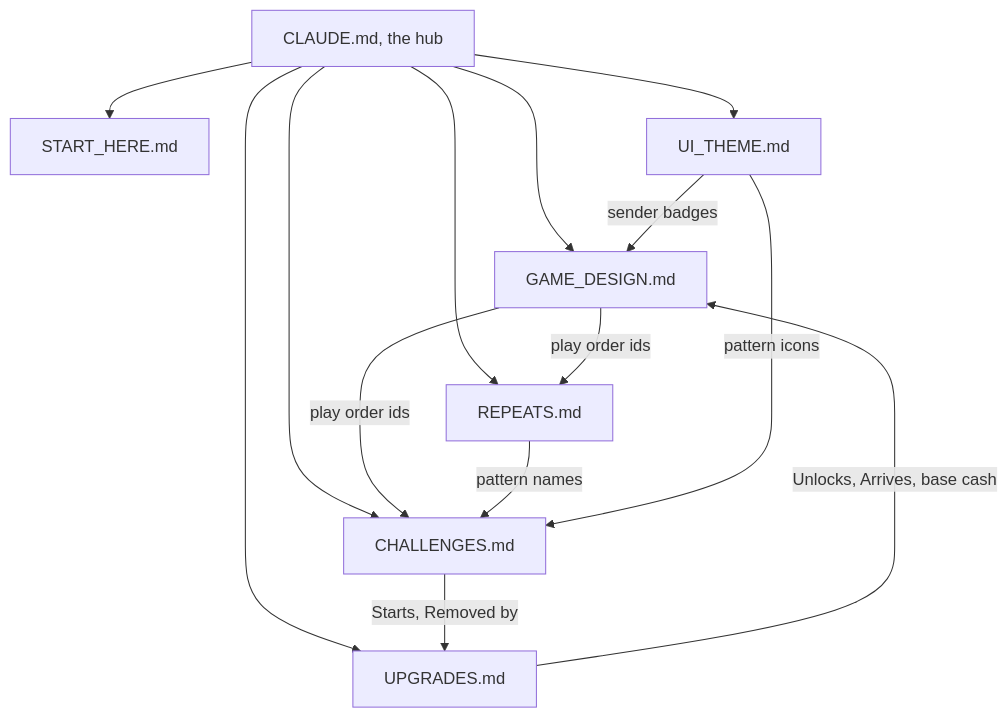
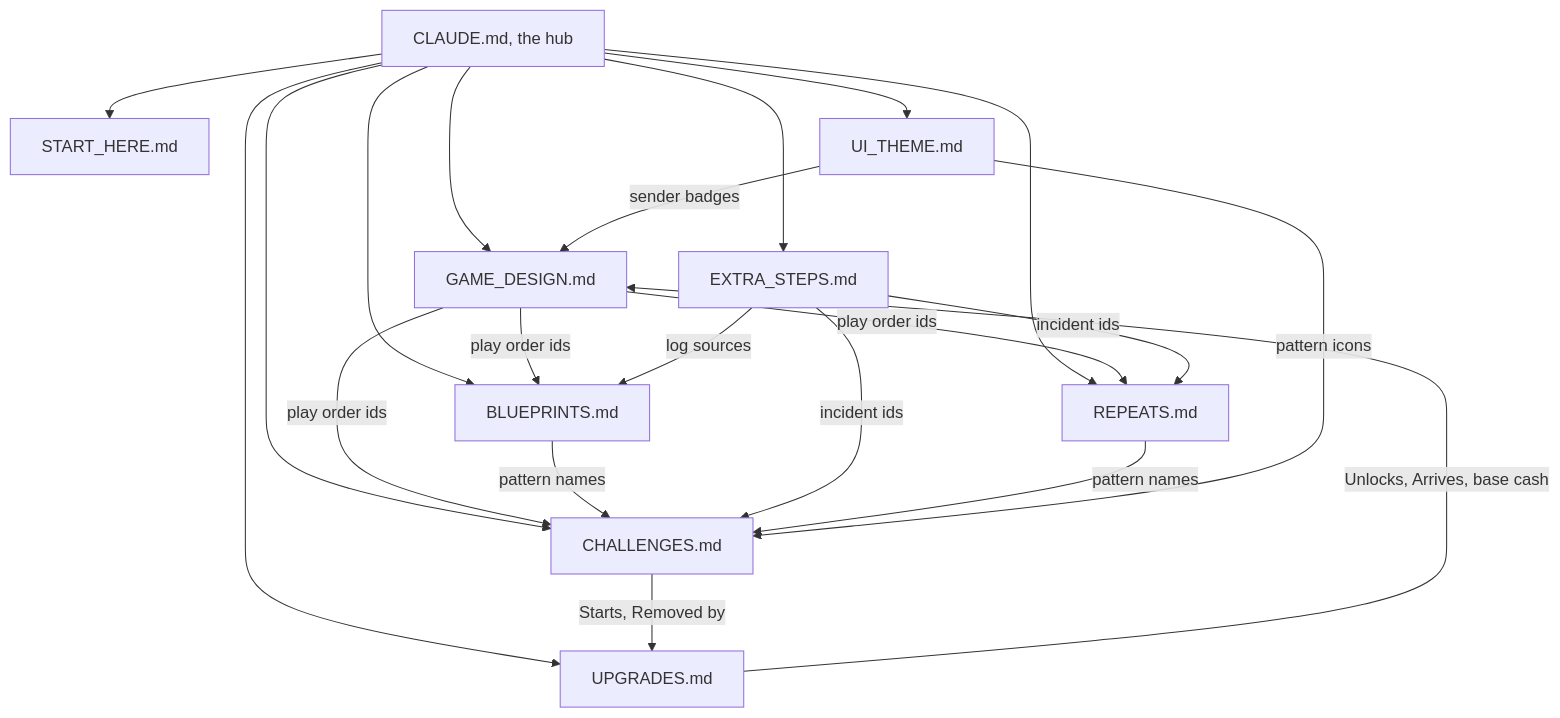
One commit to Simbax12/SAAS-tycoon- changed the diagram in CLAUDE.md. Above: the diagram before and after it, drawn with Mermaid. The commit also changed other lines of this file and 8 other files, not shown here.

````diff
--- a/CLAUDE.md
+++ b/CLAUDE.md
@@ -26,23 +28,32 @@
 ```mermaid
 flowchart TD
   HUB["CLAUDE.md, the hub"]
   SH["START_HERE.md"]
   GD["GAME_DESIGN.md"]
   CH["CHALLENGES.md"]
   RP["REPEATS.md"]
+  BP["BLUEPRINTS.md"]
+  ES["EXTRA_STEPS.md"]
   UP["UPGRADES.md"]
   UI["UI_THEME.md"]
   HUB --> SH
   HUB --> GD
   HUB --> CH
   HUB --> RP
+  HUB --> BP
+  HUB --> ES
   HUB --> UP
   HUB --> UI
   GD -->|play order ids| CH
   GD -->|play order ids| RP
+  GD -->|play order ids| BP
+  BP -->|pattern names| CH
+  ES -->|incident ids| CH
+  ES -->|incident ids| RP
+  ES -->|log sources| BP
   CH -->|Starts, Removed by| UP
   UP -->|Unlocks, Arrives, base cash| GD
   RP -->|pattern names| CH
   UI -->|pattern icons| CH
   UI -->|sender badges| GD
 ```
````
